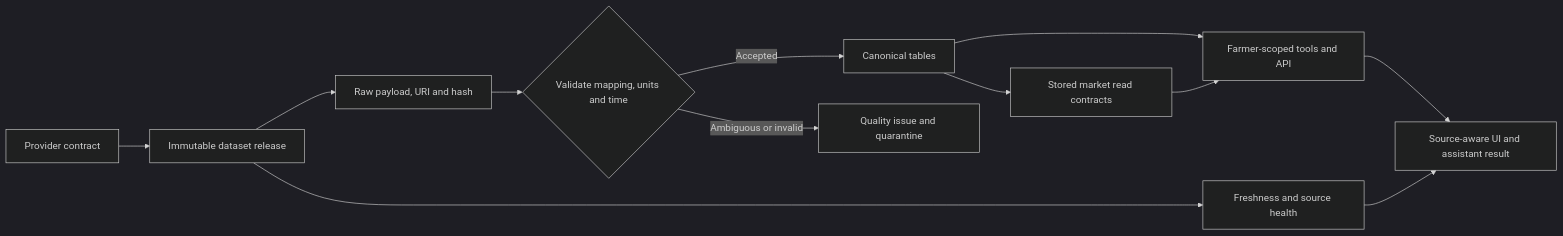
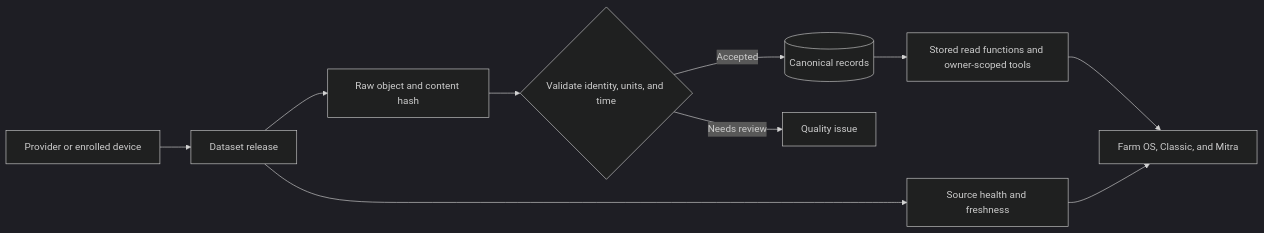
Before and after one commit to vvinayakkk/kisan-mitra-farm-os: the third of 3 diagrams in README.md, drawn with Mermaid (dark theme). The commit also changed other lines of this file, not shown here.

````diff
--- a/README.md
+++ b/README.md
@@ -220,14 +199,12 @@
 ```mermaid
 flowchart LR
-    P[Provider contract] --> D[Immutable dataset release]
-    D --> R[Raw payload, URI and hash]
-    R --> V{Validate mapping, units and time}
-    V -->|Accepted| C[Canonical tables]
-    V -->|Ambiguous or invalid| Q[Quality issue and quarantine]
-    C --> M[Stored market read contracts]
-    C --> T[Farmer-scoped tools and API]
-    M --> T
-    T --> UI[Source-aware UI and assistant result]
-    D --> H[Freshness and source health]
-    H --> UI
+    Source[Provider or enrolled device] --> Release[Dataset release]
+    Release --> Raw[Raw object and content hash]
+    Raw --> Validate{Validate identity, units, and time}
+    Validate -->|Accepted| Canonical[(Canonical records)]
+    Validate -->|Needs review| Quality[Quality issue]
+    Canonical --> Reads[Stored read functions and owner-scoped tools]
+    Reads --> Views[Farm OS, Classic, and Mitra]
+    Release --> Health[Source health and freshness]
+    Health --> Views
 ```
````
